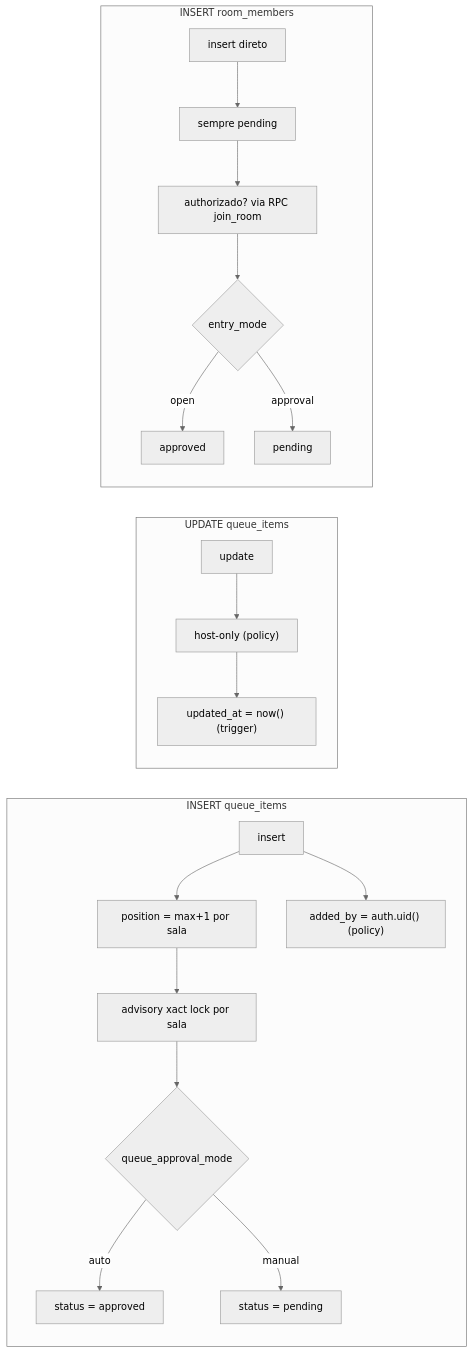
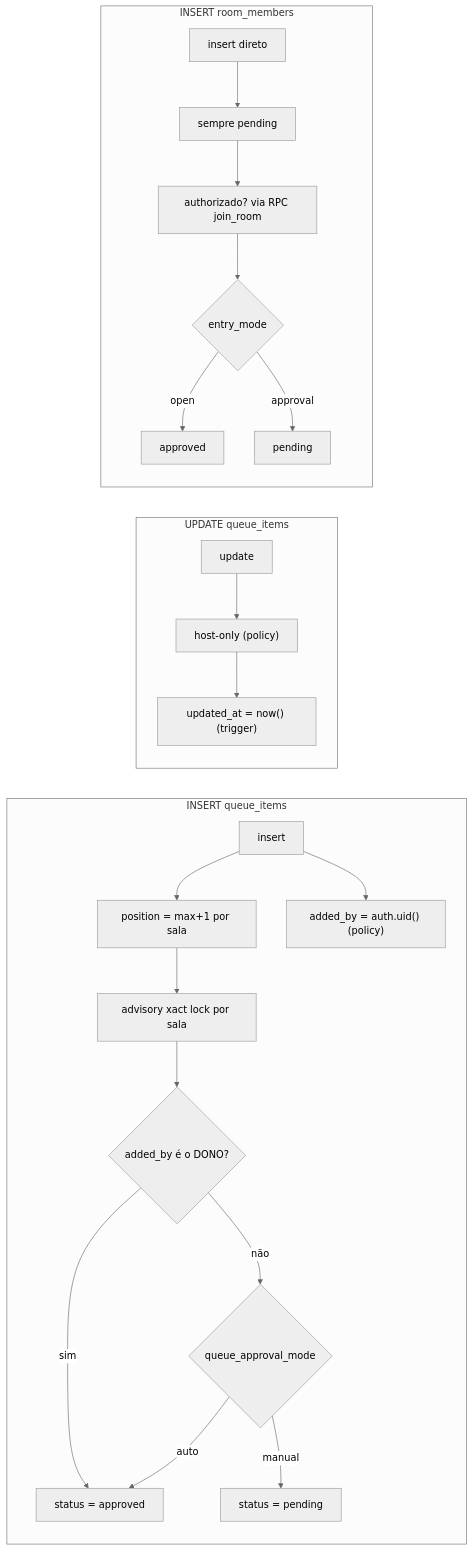
The second of 5 diagrams in docs/flows/banco-de-dados.md (cavalcanteprofissional/karaoke-flow), drawn with Mermaid (neutral theme) before and after one commit. The commit also changed other lines of this file and 23 other files, not shown here.

````diff
--- a/docs/flows/banco-de-dados.md
+++ b/docs/flows/banco-de-dados.md
@@ -111,22 +111,24 @@
 ```mermaid
 flowchart LR
     subgraph INSERT queue_items
         A[insert] --> B["position = max+1 por sala"]
         B --> C["advisory xact lock por sala"]
-        C --> D{queue_approval_mode}
+        C --> C1{added_by é o DONO?}
+        C1 -->|sim| E["status = approved"]
+        C1 -->|não| D{queue_approval_mode}
         D -->|auto| E["status = approved"]
         D -->|manual| F["status = pending"]
         A --> G["added_by = auth.uid() (policy)"]
     end
     subgraph UPDATE queue_items
         H[update] --> I["host-only (policy)"]
         I --> J["updated_at = now() (trigger)"]
     end
     subgraph INSERT room_members
         K[insert direto] --> L["sempre pending"]
         L --> M["authorizado? via RPC join_room"]
         M --> N{entry_mode}
         N -->|open| O[approved]
         N -->|approval| P[pending]
     end
 ```
````
